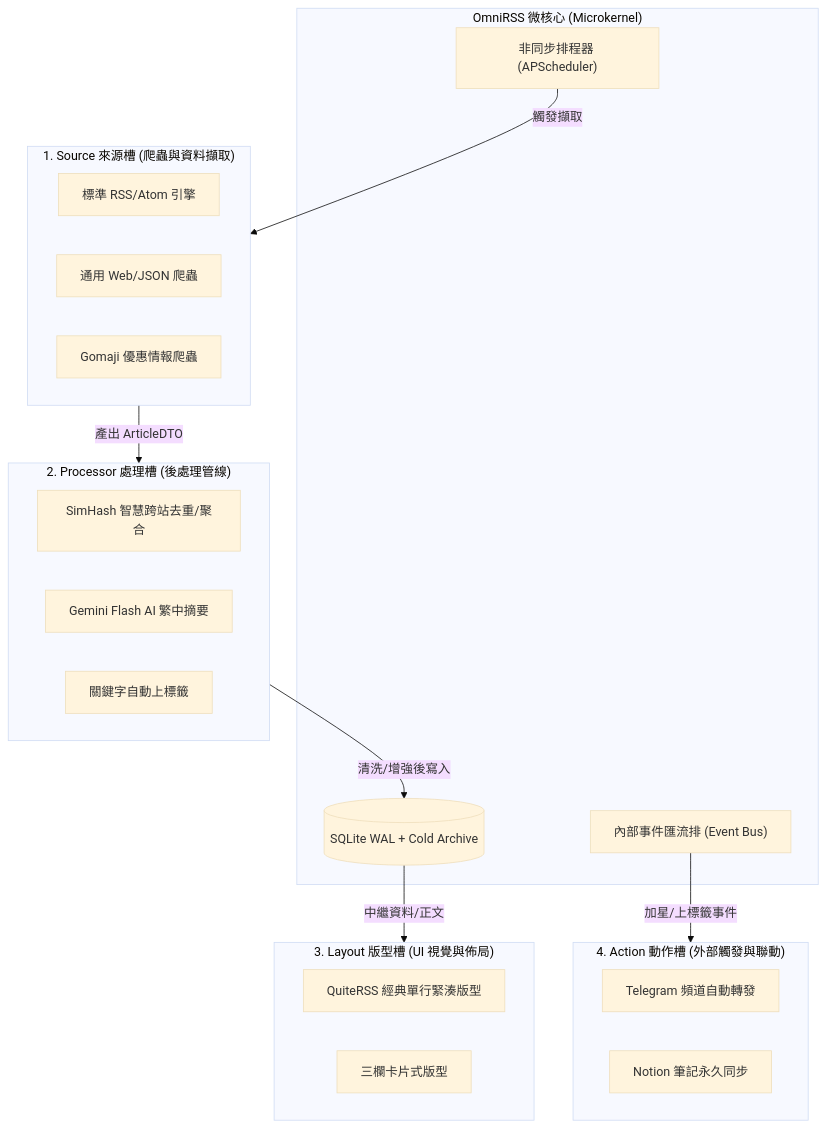
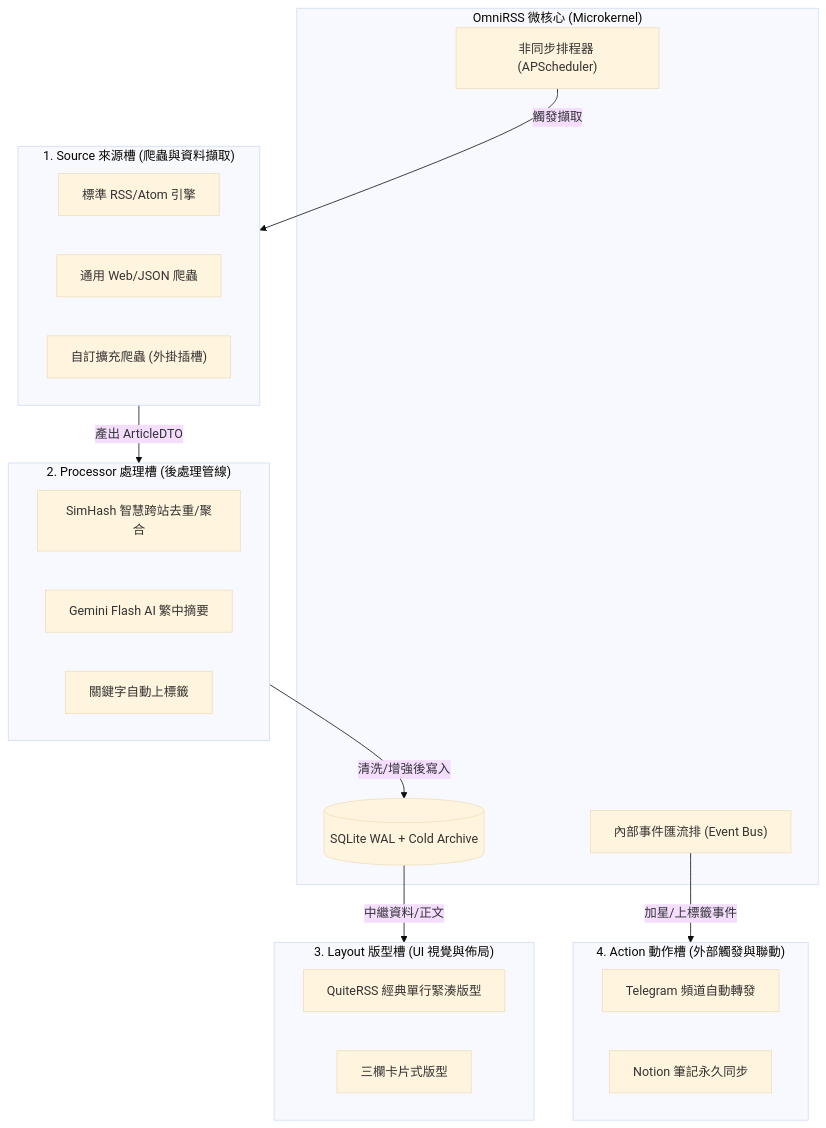
The first of 2 diagrams in docs/PLUGIN_SPEC.md (YuShyam/OmniRSS), drawn with Mermaid (base theme) before and after one commit. The commit also changed other lines of this file and 89 other files, not shown here.

````diff
--- a/docs/PLUGIN_SPEC.md
+++ b/docs/PLUGIN_SPEC.md
@@ -14,36 +14,36 @@
 ```mermaid
 flowchart TD
     subgraph Microkernel ["OmniRSS 微核心 (Microkernel)"]
         Scheduler["非同步排程器 (APScheduler)"]
         EventBus["內部事件匯流排 (Event Bus)"]
         DB[(SQLite WAL + Cold Archive)]
     end
 
     subgraph Slot1 ["1. Source 來源槽 (爬蟲與資料擷取)"]
         RSSSource["標準 RSS/Atom 引擎"]
         GenericSrc["通用 Web/JSON 爬蟲"]
-        GomajiSrc["Gomaji 優惠情報爬蟲"]
+        CustomSrc["自訂擴充爬蟲 (外掛插槽)"]
     end
 
     subgraph Slot2 ["2. Processor 處理槽 (後處理管線)"]
         SimHashDedup["SimHash 智慧跨站去重/聚合"]
         GeminiSummary["Gemini Flash AI 繁中摘要"]
         AutoTag["關鍵字自動上標籤"]
     end
 
     subgraph Slot3 ["3. Layout 版型槽 (UI 視覺與佈局)"]
         QuiteRSSLayout["QuiteRSS 經典單行緊湊版型"]
         ModernLayout["三欄卡片式版型"]
     end
 
     subgraph Slot4 ["4. Action 動作槽 (外部觸發與聯動)"]
         TelegramAction["Telegram 頻道自動轉發"]
         NotionAction["Notion 筆記永久同步"]
     end
 
     Scheduler -->|觸發擷取| Slot1
     Slot1 -->|產出 ArticleDTO| Slot2
     Slot2 -->|清洗/增強後寫入| DB
     EventBus -->|加星/上標籤事件| Slot4
     DB -->|中繼資料/正文| Slot3
 ```
````
